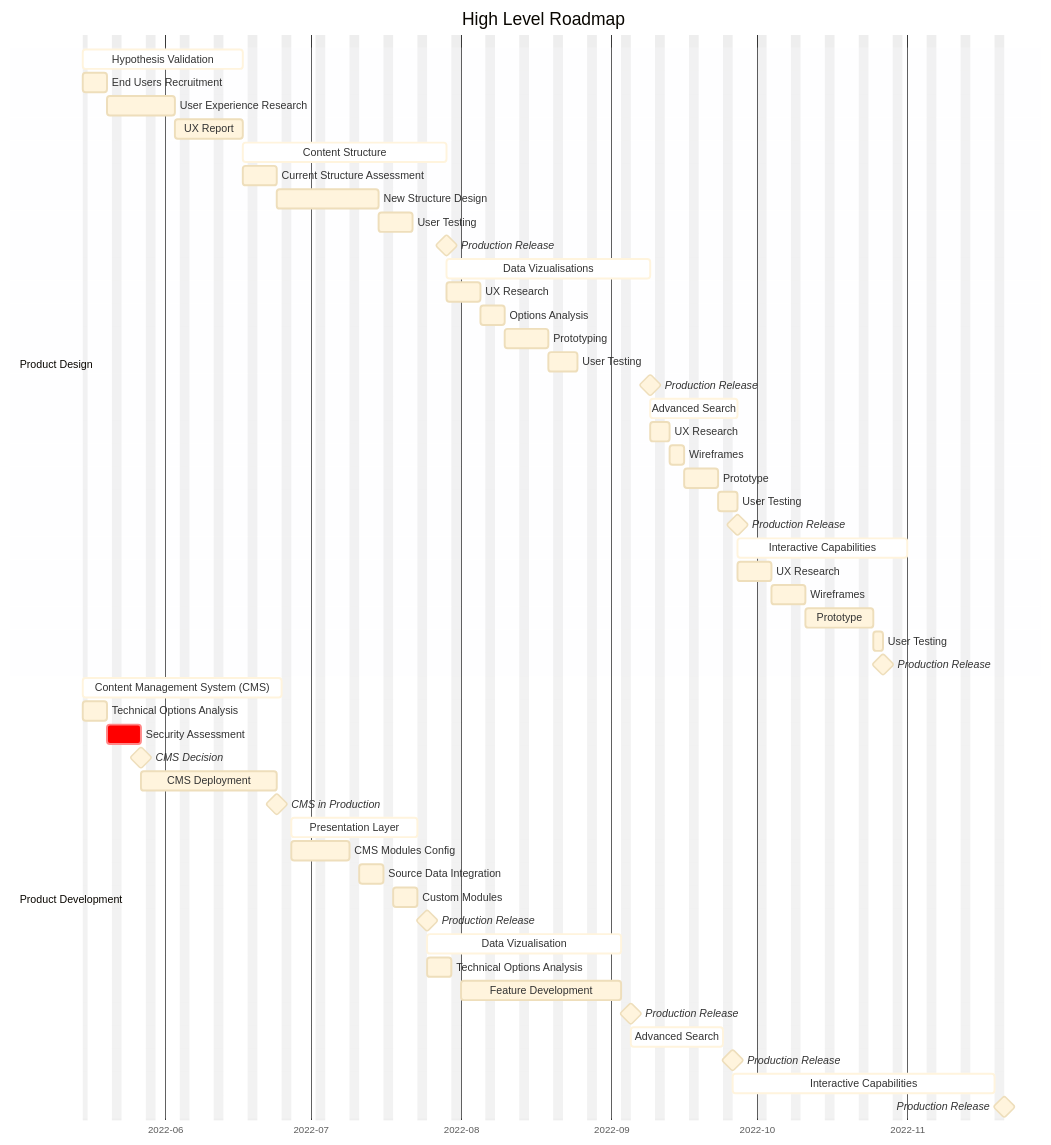
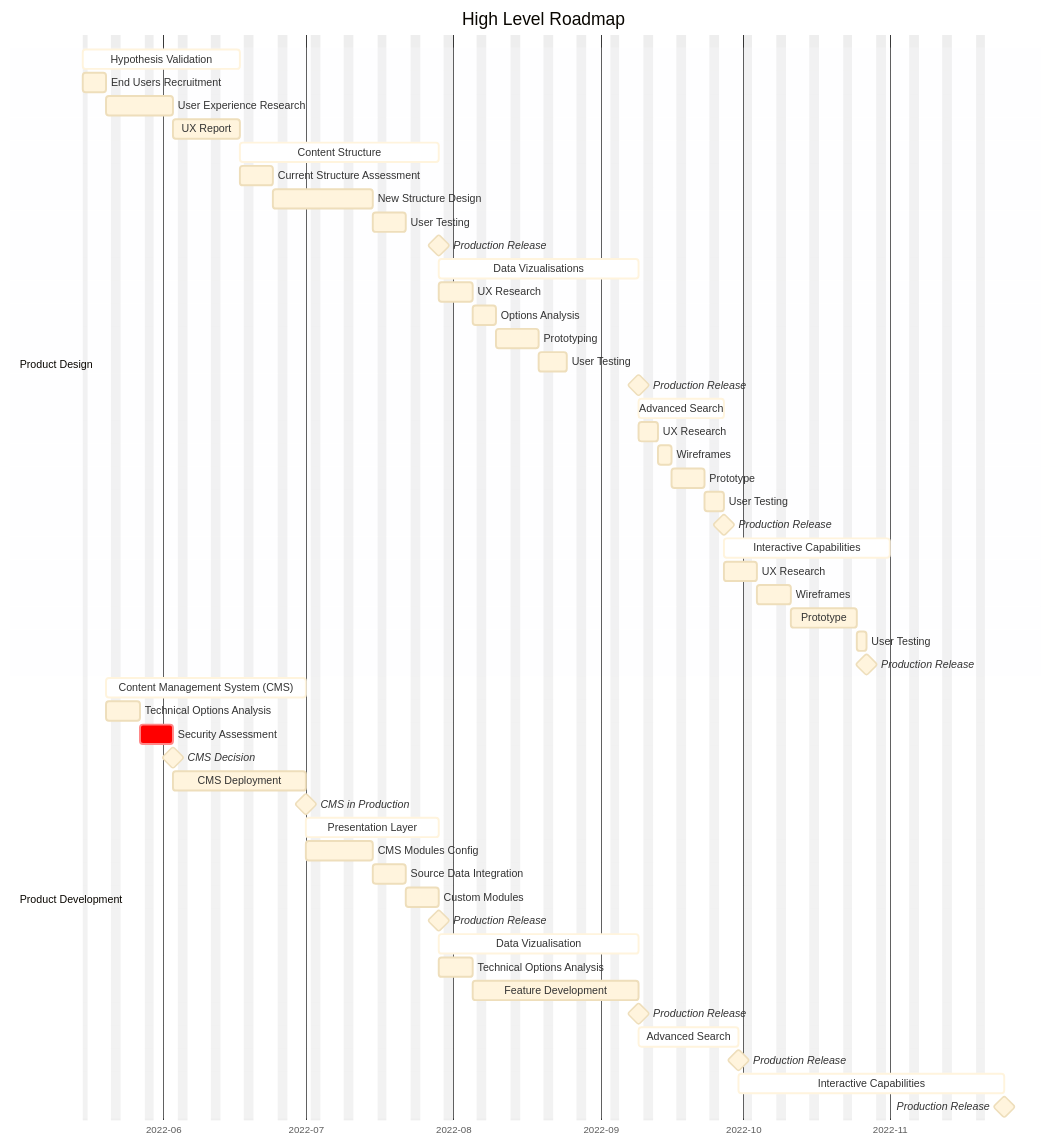
Before and after one commit to cds-snc/consultation-references: the diagram in base-product-roadmap.md, drawn with Mermaid.

Commit message:
Update Dev start dates

````diff
--- a/base-product-roadmap.md
+++ b/base-product-roadmap.md
@@ -17,70 +17,70 @@
 ```mermaid
 %%{init: {'theme':'base'}}%%
 gantt
     title High Level Roadmap
     dateFormat  YYYY-MM-DD
     axisFormat  %Y-%m
     excludes    weekends
 
     section Product Design
 
     Hypothesis Validation               :active,  des1, 2022-05-15, 25d
     End Users Recruitment               :2022-05-15, 5d
     User Experience Research            :10d
     UX Report                           :10d
 
     Content Structure                   :active, des2, after des1,  30d
     Current Structure Assessment        :des2a, after des1, 5d
     New Structure Design                :15d
     User Testing                        :5d
     Production Release                  :milestone, mil1, after des2, 0d
     
     Data Vizualisations             :active, des3, after mil1, 30d
     UX Research                     :after mil1, 5d
     Options Analysis                :3d
     Prototyping                     :7d
     User Testing                    :4d
     Production Release              :milestone, mil2, after des3, 0d
     
     Advanced Search                 :active, des4, after des3, 12d
     UX Research                     :after des3, 2d
     Wireframes                      :3d
     Prototype                       :5d
     User Testing                    :2d
     Production Release              :milestone, 0d
 
     Interactive Capabilities            :active, des5, after des4, 25d
     UX Research                         :after des4, 5d
     Wireframes                          :5d
     Prototype                           :10d
     User Testing                        :2d
     Production Release                  :milestone, 0d
 
 
     section Product Development
 
-    Content Management System (CMS) :active, dev1, 2022-05-15, 31d
-    Technical Options Analysis :2022-05-15, 5d
+    Content Management System (CMS) :active, dev1, 2022-05-20, 30d
+    Technical Options Analysis :2022-05-20, 5d
     Security Assessment          :crit,  5d
     CMS Decision: milestone, 0d
     CMS Deployment      : 20d
     CMS in Production: milestone, 0d
     
     Presentation Layer              :active, dev2, after dev1, 20d
     CMS Modules Config              :after dev1, 10d
     Source Data Integration         :5d
     Custom Modules                  :5d
     Production Release              :milestone, 0d
 
     Data Vizualisation              :active, dev3, after dev2, 30d
     Technical Options Analysis      :after dev2, 5d
     Feature Development             :25d
     Production Release              :milestone, 0d
 
     Advanced Search                 :active, dev4, after dev3, 15d
     Production Release              : milestone, 0d
 
     Interactive Capabilities        :active, dev5, after dev4, 40d
     Production Release              : milestone, 0d
     
 ```
````
